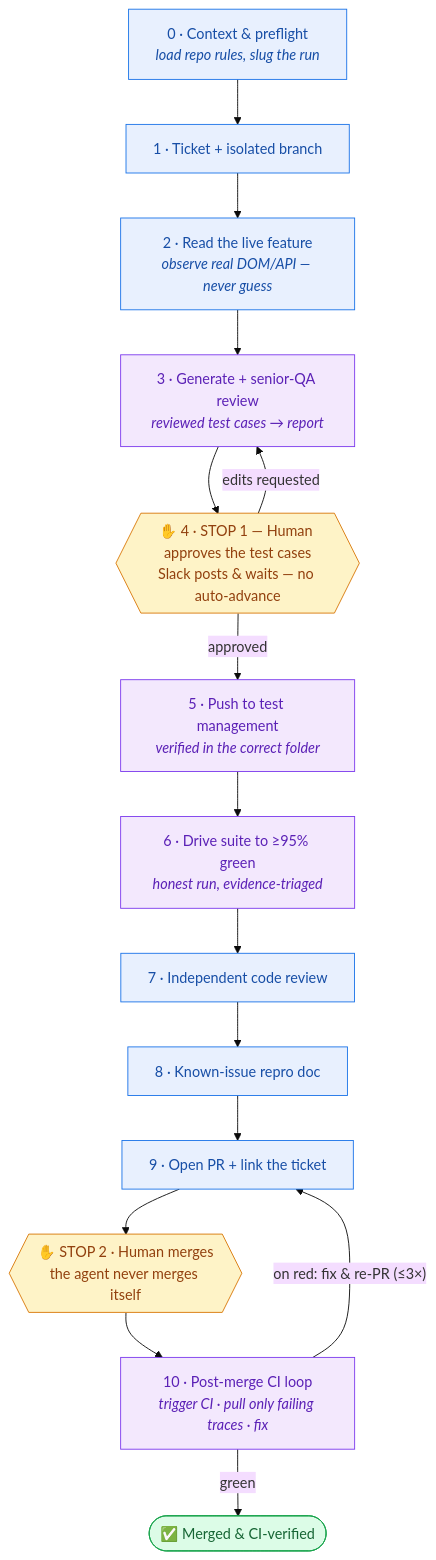
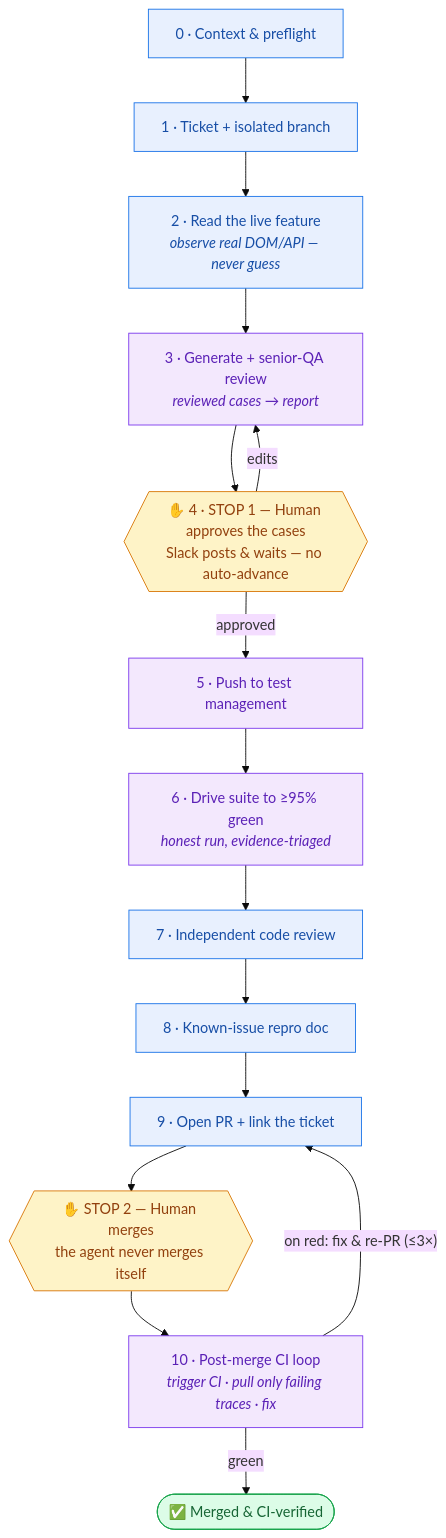
One commit to QAMayur89/QAMayur89 changed the first of 2 diagrams in README.md. Above: the diagram before and after it, drawn with Mermaid (base theme). The commit also changed other lines of this file and 1 other file, not shown here.

Commit message:
Restore profile + merge AI-agent QA system (orchestrator, CI runner, Slack notifier)

````diff
--- a/README.md
+++ b/README.md
@@ -49,26 +26,26 @@
 ```mermaid
 flowchart TD
-    A["0 · Context & preflight<br/><i>load repo rules, slug the run</i>"] --> B["1 · Ticket + isolated branch"]
+    A["0 · Context & preflight"] --> B["1 · Ticket + isolated branch"]
     B --> C["2 · Read the live feature<br/><i>observe real DOM/API — never guess</i>"]
-    C --> D["3 · Generate + senior-QA review<br/><i>reviewed test cases → report</i>"]
-    D --> S1{{"✋ 4 · STOP 1 — Human approves the test cases<br/>Slack posts &amp; waits — no auto-advance"}}
-    S1 -- edits requested --> D
-    S1 -- approved --> E["5 · Push to test management<br/><i>verified in the correct folder</i>"]
+    C --> D["3 · Generate + senior-QA review<br/><i>reviewed cases → report</i>"]
+    D --> S1{{"✋ 4 · STOP 1 — Human approves the cases<br/>Slack posts &amp; waits — no auto-advance"}}
+    S1 -- edits --> D
+    S1 -- approved --> E["5 · Push to test management"]
     E --> F["6 · Drive suite to ≥95% green<br/><i>honest run, evidence-triaged</i>"]
     F --> G["7 · Independent code review"]
     G --> H["8 · Known-issue repro doc"]
     H --> I["9 · Open PR + link the ticket"]
-    I --> S2{{"✋ STOP 2 · Human merges<br/>the agent never merges itself"}}
+    I --> S2{{"✋ STOP 2 — Human merges<br/>the agent never merges itself"}}
     S2 --> J["10 · Post-merge CI loop<br/><i>trigger CI · pull only failing traces · fix</i>"]
     J -- "on red: fix & re-PR (≤3×)" --> I
     J -- green --> DONE(["✅ Merged & CI-verified"])
 
     classDef glue fill:#E8F0FE,stroke:#1A73E8,color:#174EA6;
     classDef engine fill:#F3E8FD,stroke:#7C3AED,color:#5B21B6;
     classDef stop fill:#FEF3C7,stroke:#D97706,color:#92400E;
     classDef done fill:#DCFCE7,stroke:#16A34A,color:#166534;
     class A,B,C,G,H,I glue;
     class D,E,F,J engine;
     class S1,S2 stop;
     class DONE done;
 ```
````
